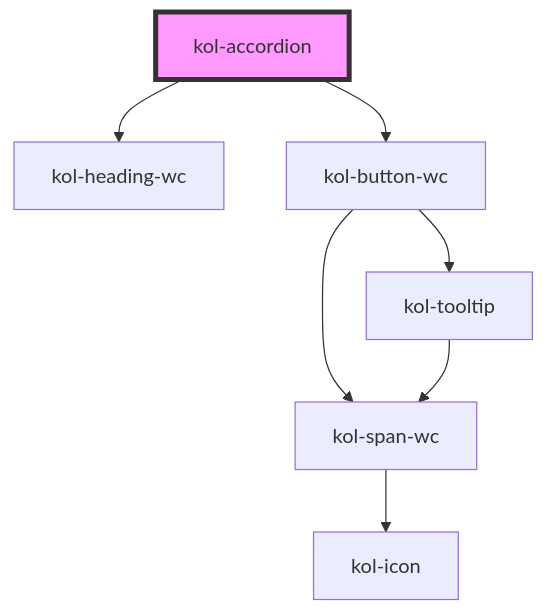
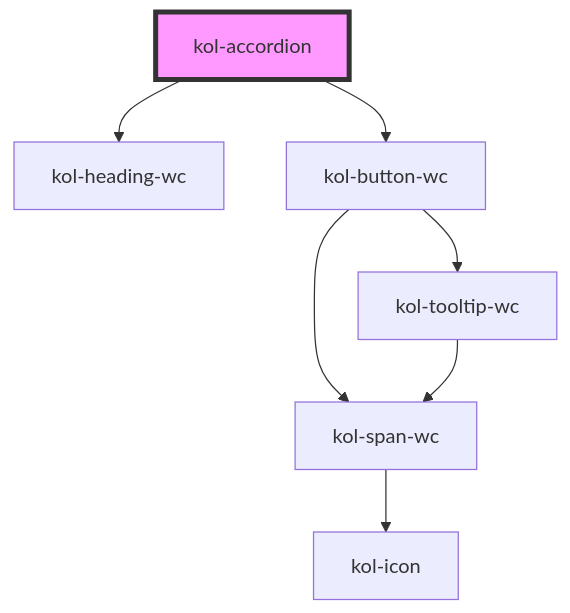
One commit to public-ui/kolibri changed the diagram in packages/components/src/components/accordion/readme.md. Above: the diagram before and after it, drawn with Mermaid. The commit also changed other lines of this file and 99 other files, not shown here.

````diff
--- a/packages/components/src/components/accordion/readme.md
+++ b/packages/components/src/components/accordion/readme.md
@@ -149,10 +149,10 @@
 ```mermaid
 graph TD;
   kol-accordion --> kol-heading-wc
   kol-accordion --> kol-button-wc
   kol-button-wc --> kol-span-wc
-  kol-button-wc --> kol-tooltip
+  kol-button-wc --> kol-tooltip-wc
   kol-span-wc --> kol-icon
-  kol-tooltip --> kol-span-wc
+  kol-tooltip-wc --> kol-span-wc
   style kol-accordion fill:#f9f,stroke:#333,stroke-width:4px
 ```
````
